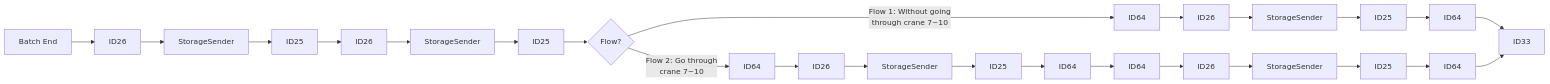
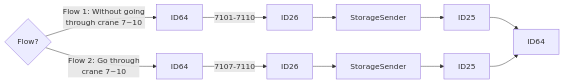
Before and after one commit to luthfiadityaa/SimeDarby-Wiki: the second of 5 diagrams in Basic-Design/DFD-WMS/Storage/Palletizing-Settting/Batch-End.md, drawn with Mermaid. The commit also changed other lines of this file, not shown here.

Commit message:
Updated Batch End

```diff
--- a/Basic-Design/DFD-WMS/Storage/Palletizing-Settting/Batch-End.md
+++ b/Basic-Design/DFD-WMS/Storage/Palletizing-Settting/Batch-End.md
@@ -8,16 +18,13 @@
 ::: mermaid
 flowchart LR
-  
-P1[Batch End]-->P2[ID26]-->P3[StorageSender]-->P4[ID25]
-P4[ID25]-->P5[ID26]-->P6[StorageSender]-->P7[ID25]
-P7[ID25]-->Cond1{Flow?} 
-Cond1 --> |Flow 1: Without going 
+
+Cond2{Flow?}
+
+Cond2 --> |Flow 1: Without going 
 through crane 7~10| P8[ID64]
-Cond1 --> |Flow 2: Go through 
+Cond2 --> |Flow 2: Go through 
 crane 7~10| P9[ID64]
-P8[ID64]-->P10[ID26]-->P11[StorageSender]-->P12[ID25]-->P13[ID64]
-P9[ID64]-->P15[ID26]-->P16[StorageSender]-->P17[ID25]-->P18[ID64]-->P19[ID64]-->P20[ID26]-->P21[StorageSender]-->P22[ID25]-->P23[ID64]
 
-P13[ID64]-->P14[ID33]
-P23[ID64]-->P14[ID33]
+P8[ID64]--> |7101-7110| P10[ID26]-->P11[StorageSender]-->P12[ID25]-->P18[ID64]
+P9[ID64]--> |7107-7110| P15[ID26]-->P16[StorageSender]-->P17[ID25]-->P18[ID64]
 :::
```
